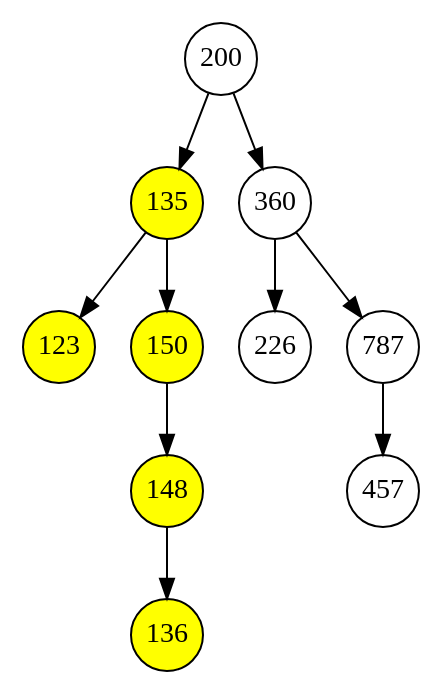
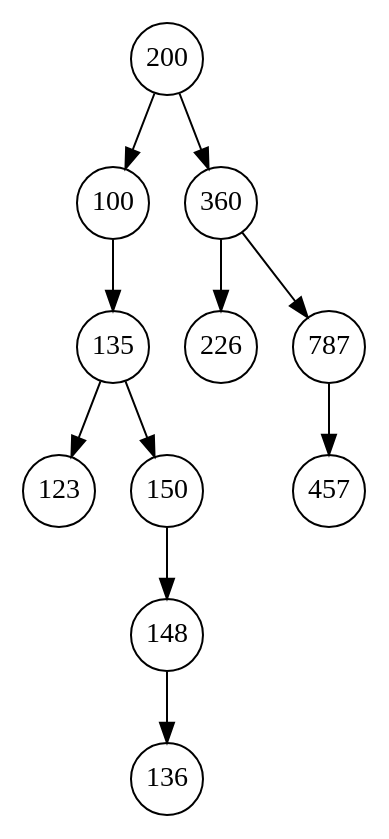
The diagram in lab6/res.gv (slevinsps/tisd), drawn with Graphviz before and after one commit. The commit also changed 2 other files, not shown here.

```diff
--- a/lab6/res.gv
+++ b/lab6/res.gv
@@ -1,17 +1,13 @@
 digraph test_tree {
 node [shape="circle", style="filled", fillcolor="white", fontcolor="black", margin="0.01"];
-135 [fillcolor="yellow"];
-123 [fillcolor="yellow"];
-150 [fillcolor="yellow"];
-148 [fillcolor="yellow"];
-136 [fillcolor="yellow"];
-200 -> 135;
-200 -> 360;
+100 -> 135;
 135 -> 123;
 135 -> 150;
+148 -> 136;
 150 -> 148;
-148 -> 136;
+200 -> 100;
+200 -> 360;
 360 -> 226;
 360 -> 787;
 787 -> 457;
 }
```
